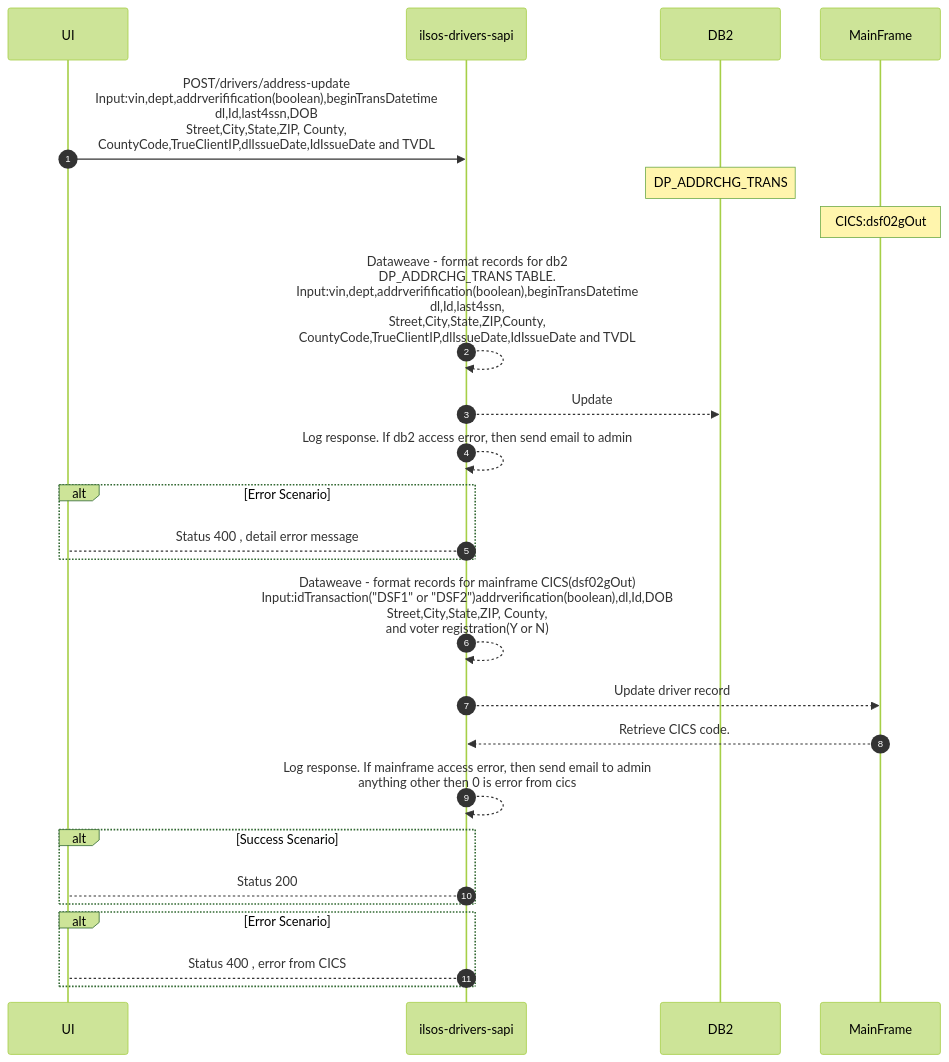
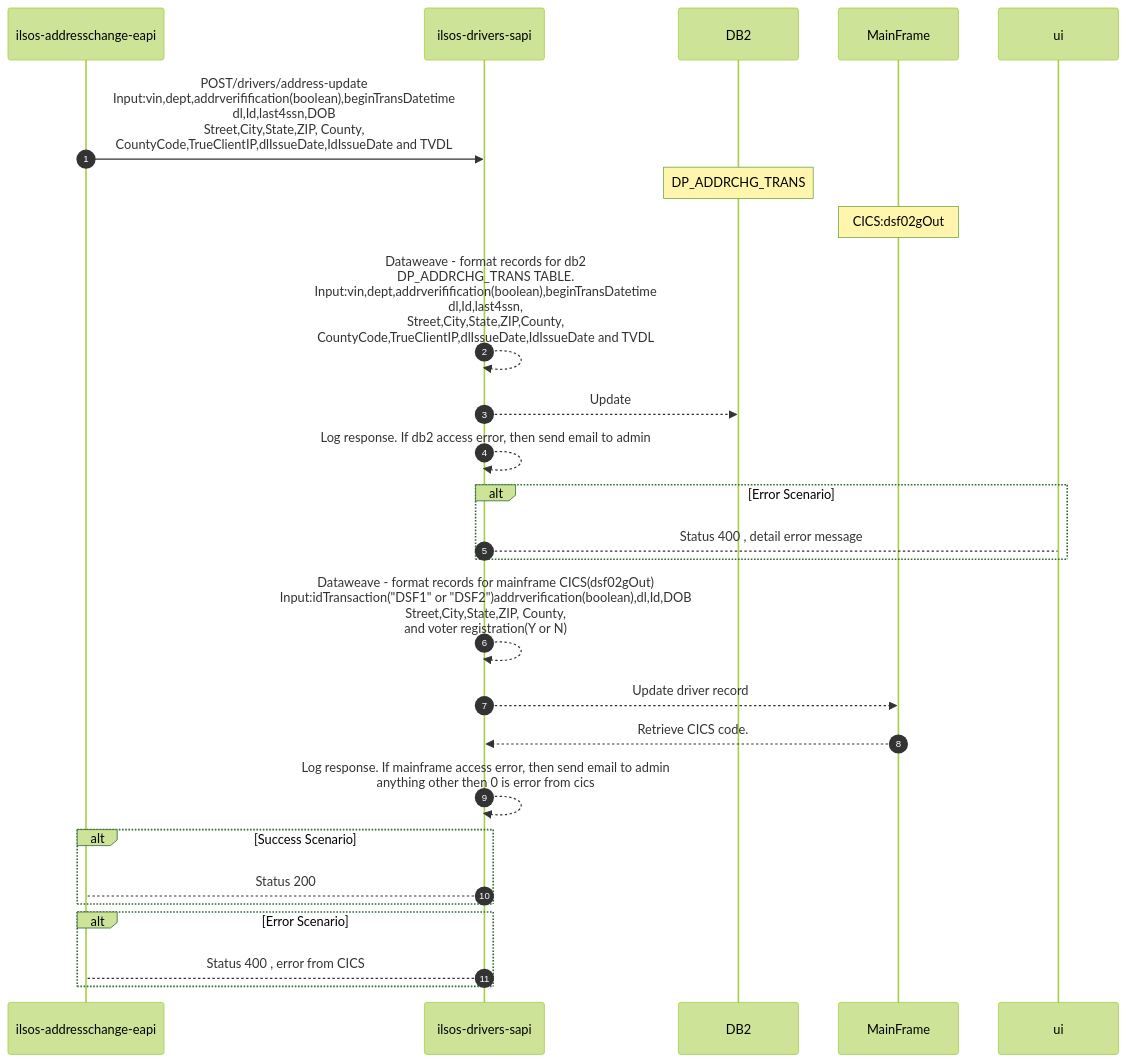
One commit to acme-devs/ilsos-drivers-sapi changed the first of 2 diagrams in README.md. Above: the diagram before and after it, drawn with Mermaid (forest theme). The commit also changed other lines of this file, not shown here.

````diff
--- a/README.md
+++ b/README.md
@@ -31,29 +31,29 @@
 ```mermaid
 sequenceDiagram
     autonumber
-    participant ui as UI
+    participant eapi as ilsos-addresschange-eapi
     participant api as ilsos-drivers-sapi
     participant db2 as DB2
     participant mainframe as MainFrame
 
-    ui->>api:POST/drivers/address-update <br>Input:vin,dept,addrverifification(boolean),beginTransDatetime<br>dl,Id,last4ssn,DOB<br>Street,City,State,ZIP, County,<br>CountyCode,TrueClientIP,dlIssueDate,IdIssueDate and TVDL
+    eapi->>api:POST/drivers/address-update <br>Input:vin,dept,addrverifification(boolean),beginTransDatetime<br>dl,Id,last4ssn,DOB<br>Street,City,State,ZIP, County,<br>CountyCode,TrueClientIP,dlIssueDate,IdIssueDate and TVDL
 
     note over db2:DP_ADDRCHG_TRANS
     note over mainframe:CICS:dsf02gOut
     api-->>api:Dataweave - format records for db2<BR> DP_ADDRCHG_TRANS TABLE.<br>Input:vin,dept,addrverifification(boolean),beginTransDatetime<br>dl,Id,last4ssn,<br>Street,City,State,ZIP,County,<br>CountyCode,TrueClientIP,dlIssueDate,IdIssueDate and TVDL
     api-->>db2:Update
     api-->>api:Log response. If db2 access error, then send email to admin
     alt Error Scenario 
         api-->ui: Status 400 , detail error message
     end
     api-->>api:Dataweave - format records for mainframe CICS(dsf02gOut)<br> Input:idTransaction("DSF1" or "DSF2")addrverification(boolean),dl,Id,DOB<br>Street,City,State,ZIP, County,<br>and voter registration(Y or N)
     api-->>mainframe:Update driver record
     mainframe-->>api:Retrieve CICS code.
     api-->>api:Log response. If mainframe access error, then send email to admin<br>anything other then 0 is error from cics
     alt Success Scenario 
-        api-->ui: Status 200 
+        api-->eapi: Status 200 
     end
     alt Error Scenario 
-        api-->ui: Status 400 , error from CICS
+        api-->eapi: Status 400 , error from CICS
     end
   ```
````
